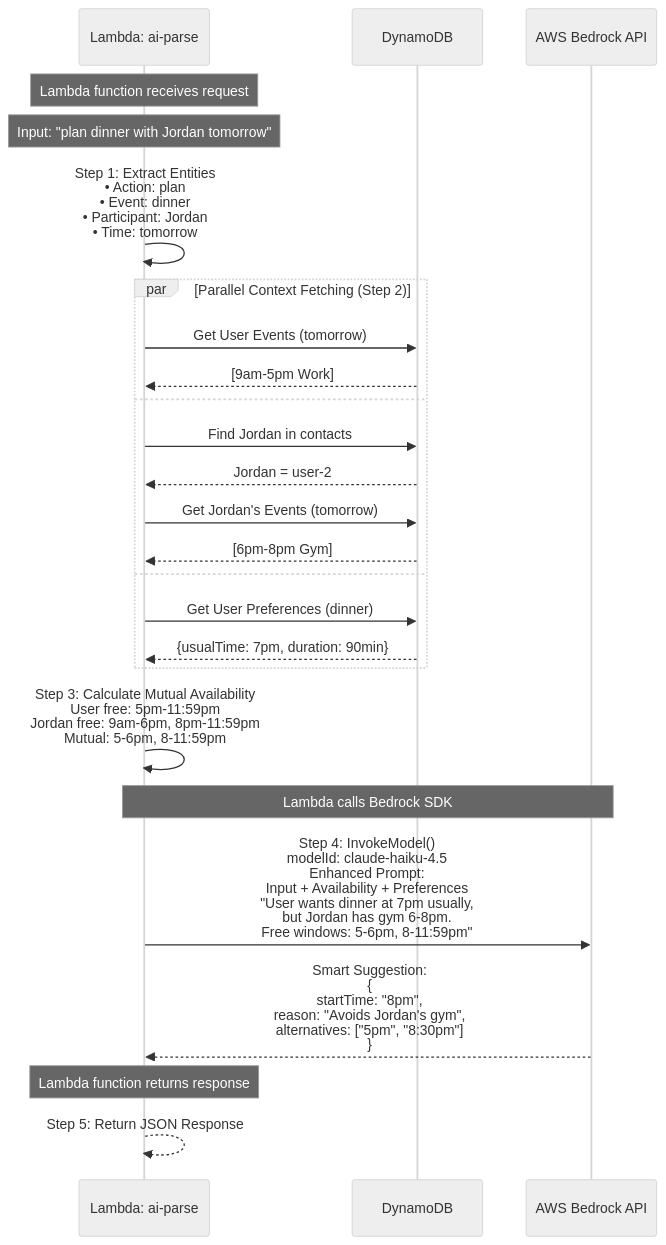
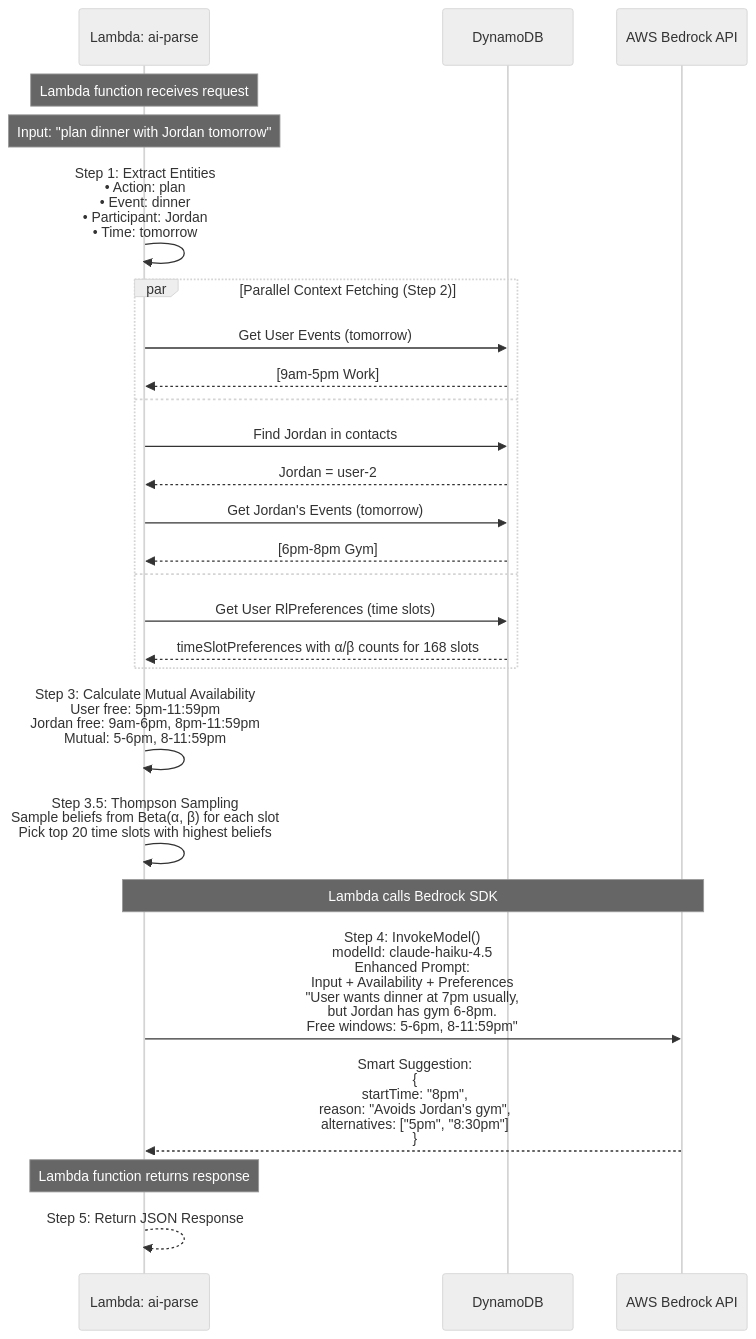
Before and after one commit to UofT-CSC490-W2026/Peachy: the seventh of 8 diagrams in AI_DATA_PIPELINE.md, drawn with Mermaid (neutral theme). The commit also changed other lines of this file and 3 other files, not shown here.

````diff
--- a/AI_DATA_PIPELINE.md
+++ b/AI_DATA_PIPELINE.md
@@ -1017,34 +964,36 @@
 ```mermaid
 sequenceDiagram
     participant Lambda as Lambda: ai-parse
     participant DB as DynamoDB
     participant Bedrock as AWS Bedrock API
 
     Note over Lambda: Lambda function receives request
     Note over Lambda: Input: "plan dinner with Jordan tomorrow"
 
     Lambda->>Lambda: Step 1: Extract Entities<br/>• Action: plan<br/>• Event: dinner<br/>• Participant: Jordan<br/>• Time: tomorrow
 
     par Parallel Context Fetching (Step 2)
         Lambda->>DB: Get User Events (tomorrow)
         DB-->>Lambda: [9am-5pm Work]
     and
         Lambda->>DB: Find Jordan in contacts
         DB-->>Lambda: Jordan = user-2
         Lambda->>DB: Get Jordan's Events (tomorrow)
         DB-->>Lambda: [6pm-8pm Gym]
     and
-        Lambda->>DB: Get User Preferences (dinner)
-        DB-->>Lambda: {usualTime: 7pm, duration: 90min}
+        Lambda->>DB: Get User RlPreferences (time slots)
+        DB-->>Lambda: timeSlotPreferences with α/β counts for 168 slots
     end
 
     Lambda->>Lambda: Step 3: Calculate Mutual Availability<br/>User free: 5pm-11:59pm<br/>Jordan free: 9am-6pm, 8pm-11:59pm<br/>Mutual: 5-6pm, 8-11:59pm
+
+    Lambda->>Lambda: Step 3.5: Thompson Sampling<br/>Sample beliefs from Beta(α, β) for each slot<br/>Pick top 20 time slots with highest beliefs
 
     Note over Lambda,Bedrock: Lambda calls Bedrock SDK
     Lambda->>Bedrock: Step 4: InvokeModel()<br/>modelId: claude-haiku-4.5<br/>Enhanced Prompt:<br/>Input + Availability + Preferences<br/>"User wants dinner at 7pm usually,<br/>but Jordan has gym 6-8pm.<br/>Free windows: 5-6pm, 8-11:59pm"
 
     Bedrock-->>Lambda: Smart Suggestion:<br/>{<br/>  startTime: "8pm",<br/>  reason: "Avoids Jordan's gym",<br/>  alternatives: ["5pm", "8:30pm"]<br/>}
 
     Note over Lambda: Lambda function returns response
     Lambda-->>Lambda: Step 5: Return JSON Response
 ```
````
